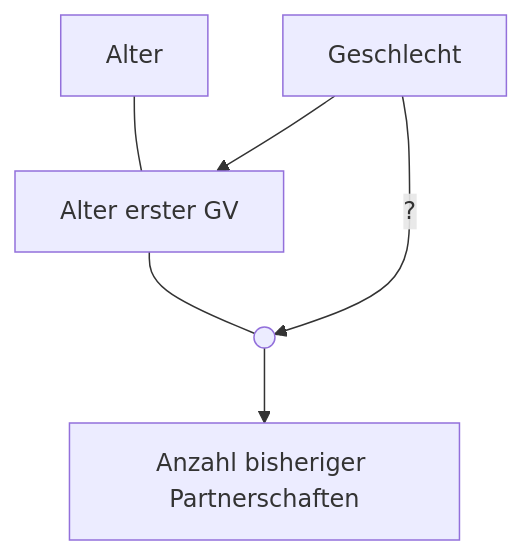
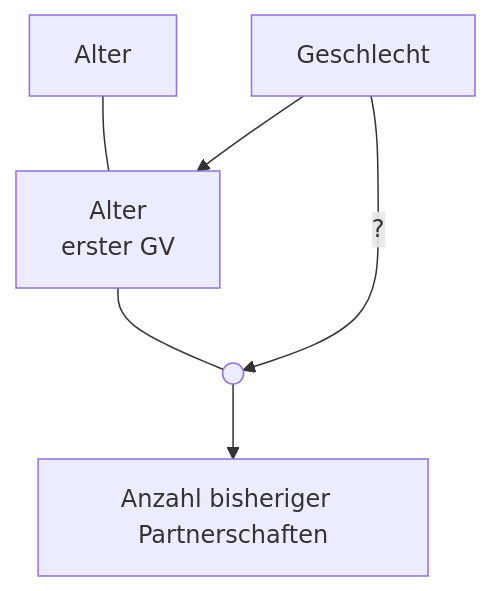
Before and after one commit to HauptSoc/grundlagen.emp.soz: the second of 2 diagrams in slides/19-Isolation_von_Einfluessen_P2.qmd, drawn with Mermaid. The commit also changed other lines of this file and 15 other files, not shown here.

````diff
--- a/slides/19-Isolation_von_Einfluessen_P2.qmd
+++ b/slides/19-Isolation_von_Einfluessen_P2.qmd
@@ -151,13 +177,13 @@
 ```{mermaid}
 flowchart TB
 
 A[Alter]
-S["Alter erster GV"]
-P["Anzahl bisheriger Partnerschaften"]
+S["Alter <br/> erster GV"]
+P["Anzahl bisheriger  Partnerschaften"]
 G["Geschlecht"]
 I@{shape: sm-circ}
 
 A --- S
 G --> S --- I --> P
 G --?--> I
 ```
````
